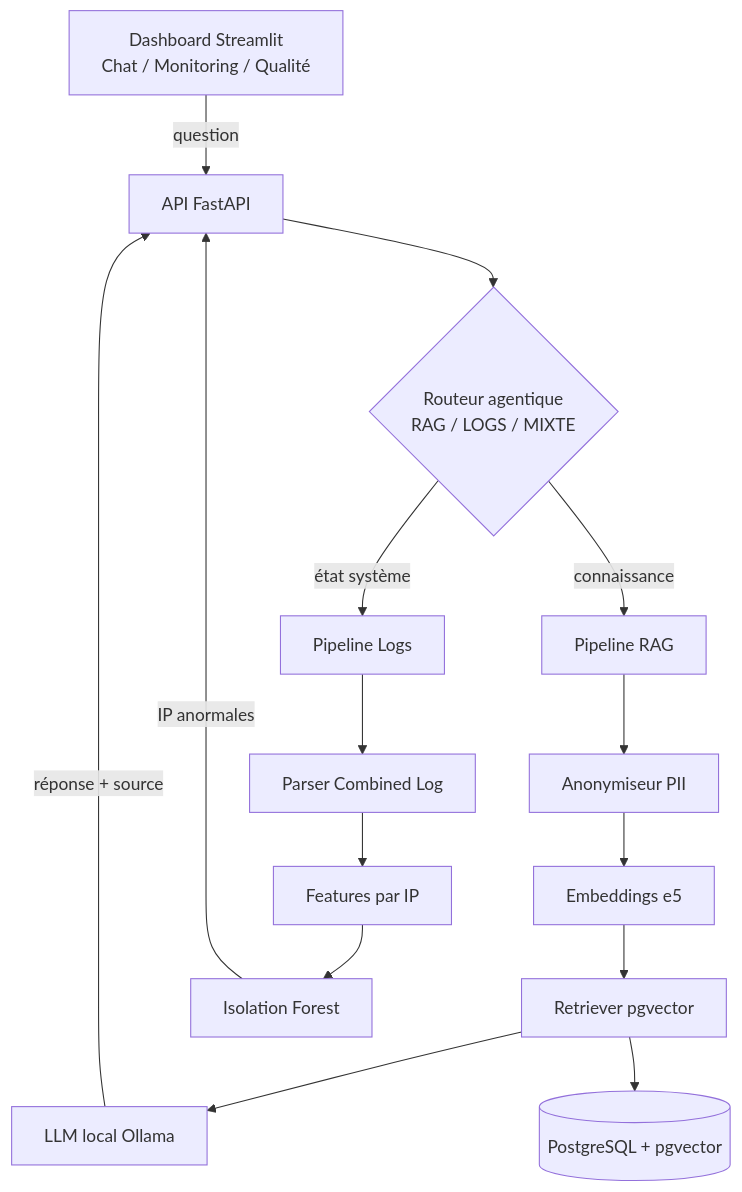
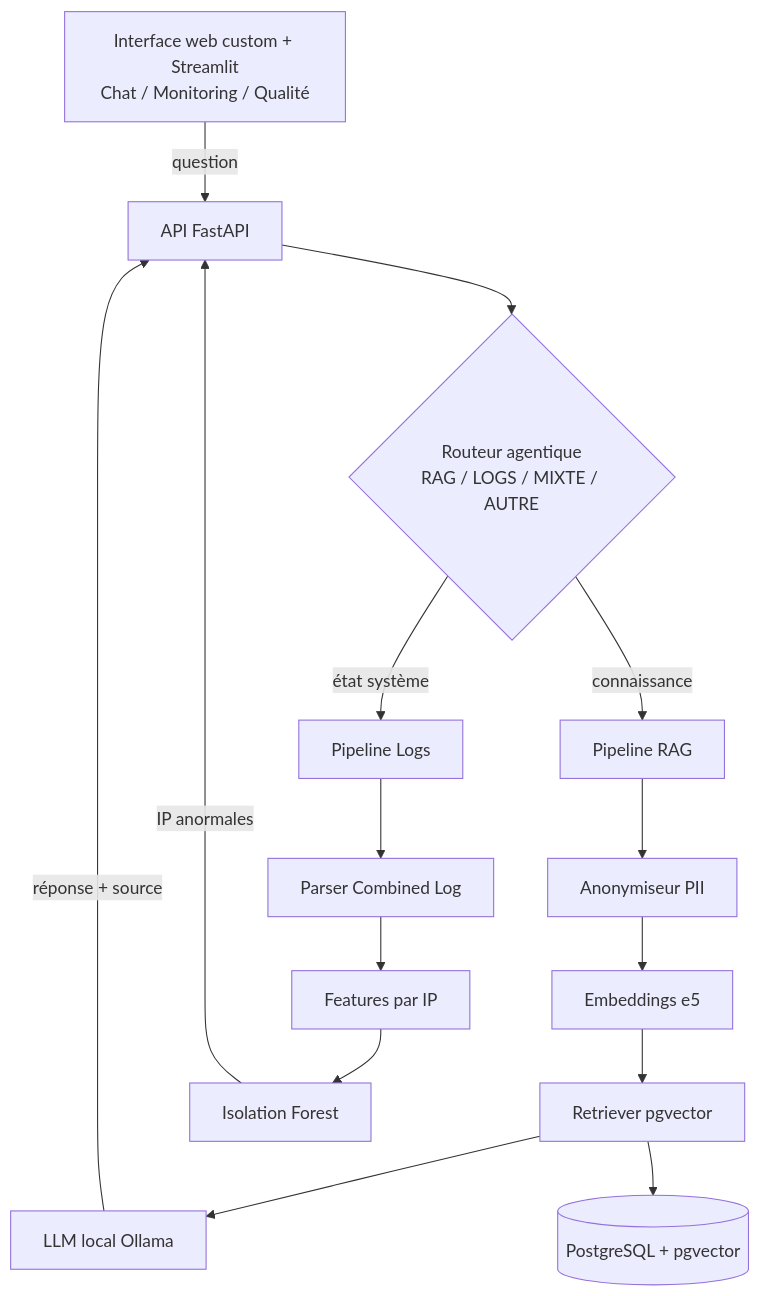
One commit to AbderKay/vala-bleu-ops-copilot changed the diagram in README.md. Above: the diagram before and after it, drawn with Mermaid. The commit also changed other lines of this file and 16 other files, not shown here.

Commit message:
feat: multilingual RAG (FR/EN/AR) + conversational router (AUTRE) + Lambda streaming + live dashboard + custom web UI

````diff
--- a/README.md
+++ b/README.md
@@ -49,15 +49,15 @@
 ```mermaid
 flowchart TB
-    UI[Dashboard Streamlit<br/>Chat / Monitoring / Qualité] -->|question| API[API FastAPI]
-    API --> Router{Routeur agentique<br/>RAG / LOGS / MIXTE}
+    UI[Interface web custom + Streamlit<br/>Chat / Monitoring / Qualité] -->|question| API[API FastAPI]
+    API --> Router{Routeur agentique<br/>RAG / LOGS / MIXTE / AUTRE}
 
     Router -->|connaissance| RAG[Pipeline RAG]
     Router -->|état système| LOGS[Pipeline Logs]
 
     RAG --> Anon[Anonymiseur PII] --> Embed[Embeddings e5] --> Retr[Retriever pgvector] --> LLM[LLM local Ollama]
     LOGS --> Parse[Parser Combined Log] --> Feat[Features par IP] --> IF[Isolation Forest]
 
     Retr --> DB[(PostgreSQL + pgvector)]
     LLM -->|réponse + source| API
     IF -->|IP anormales| API
 ```
````
